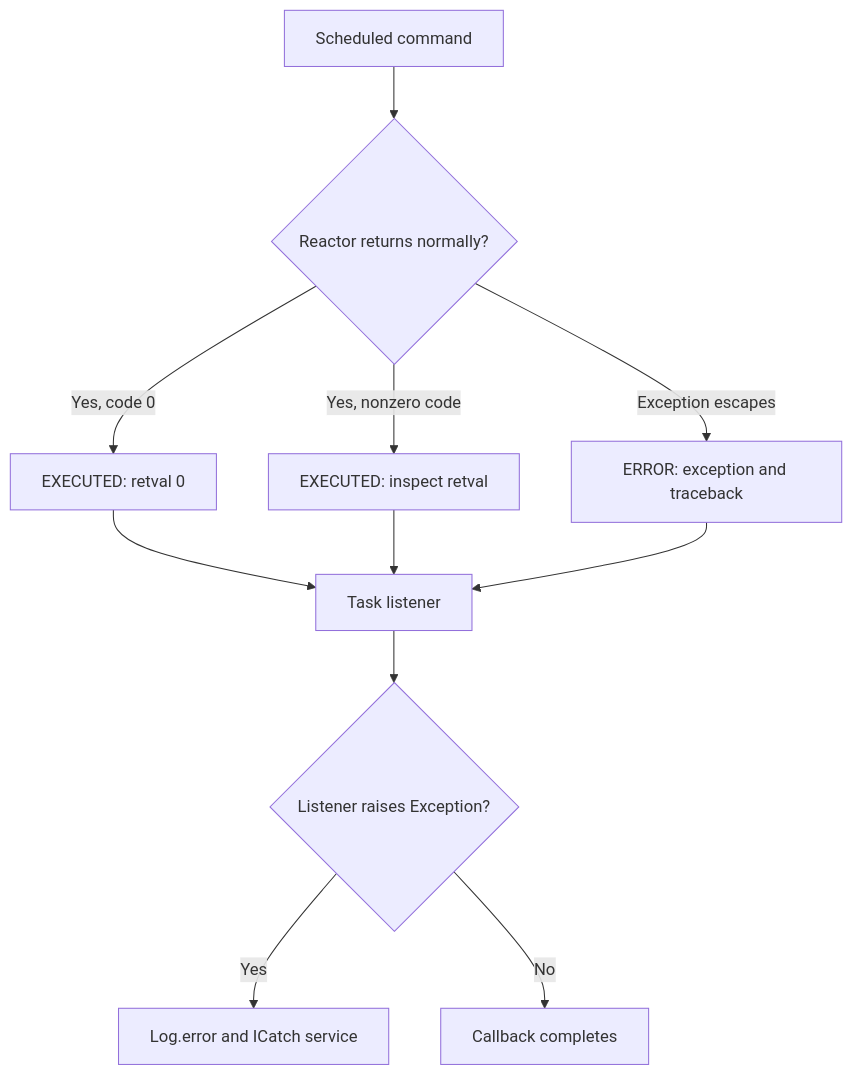
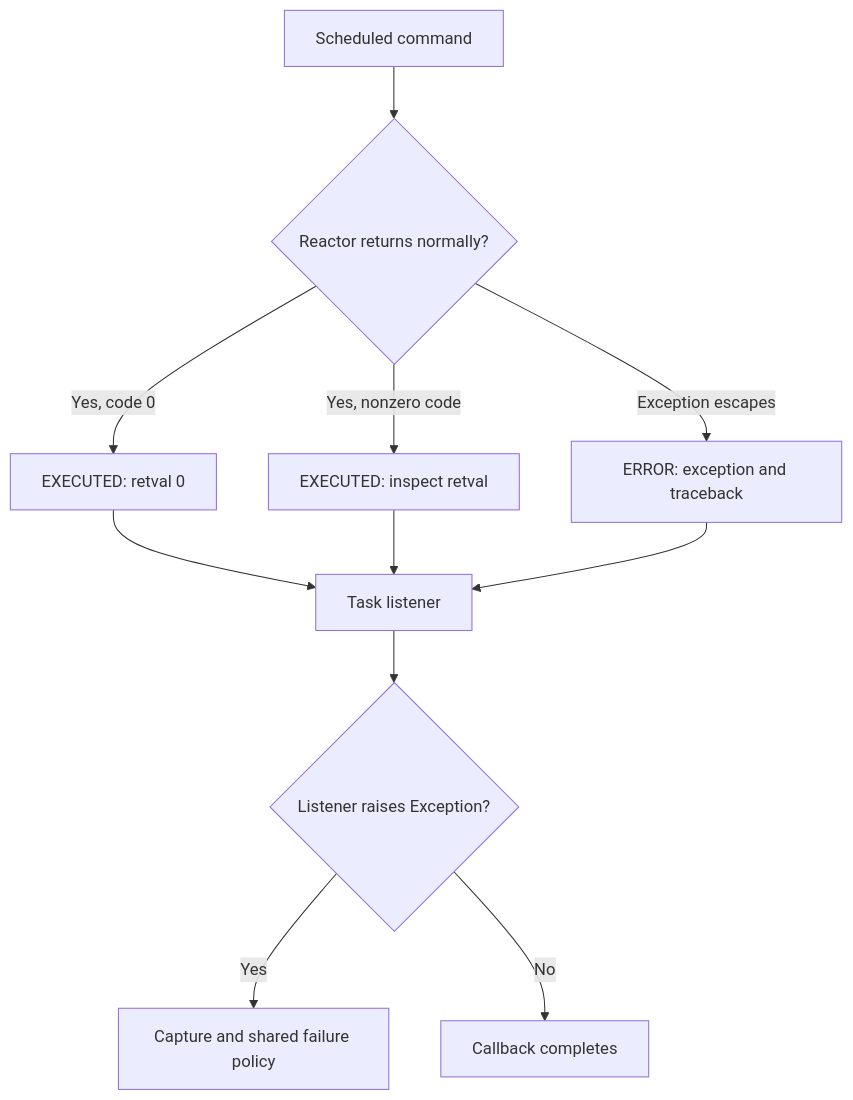
Before and after one commit to orionis-framework/docs: the diagram in src/content/docs/en/console/scheduler-listeners.md, drawn with Mermaid. The commit also changed other lines of this file and 254 other files, not shown here.

````diff
--- a/src/content/docs/en/console/scheduler-listeners.md
+++ b/src/content/docs/en/console/scheduler-listeners.md
@@ -241,15 +241,15 @@
 ```mermaid
 flowchart TD
     accTitle: Scheduled command results and events
     accDescr: Reactor can convert a command exception into exit code one; the task event remains EXECUTED when the scheduled callable does not propagate the exception.
     A[Scheduled command] --> B{Reactor returns normally?}
     B -->|Yes, code 0| C[EXECUTED: retval 0]
     B -->|Yes, nonzero code| D[EXECUTED: inspect retval]
     B -->|Exception escapes| E[ERROR: exception and traceback]
     C --> F[Task listener]
     D --> F
     E --> F
     F --> G{Listener raises Exception?}
-    G -->|Yes| H[Log.error and ICatch service]
+    G -->|Yes| H[Capture and shared failure policy]
     G -->|No| I[Callback completes]
 ```
````
